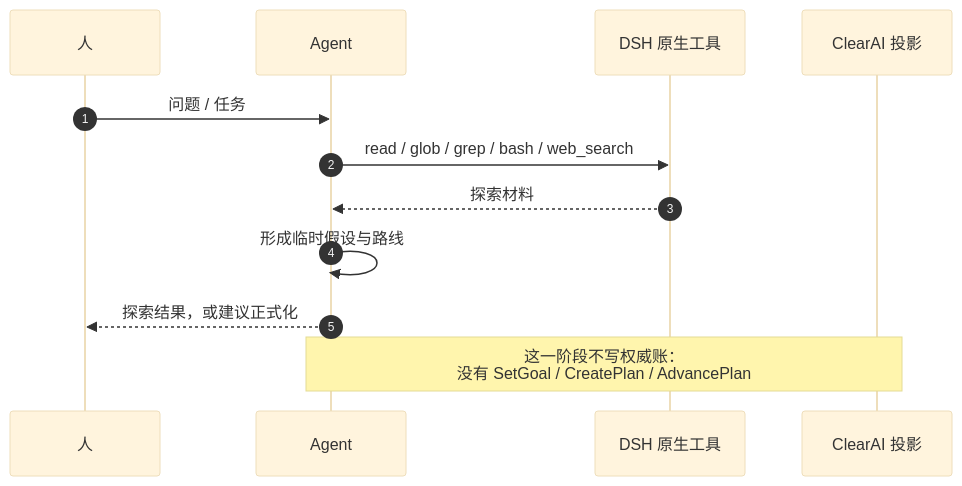
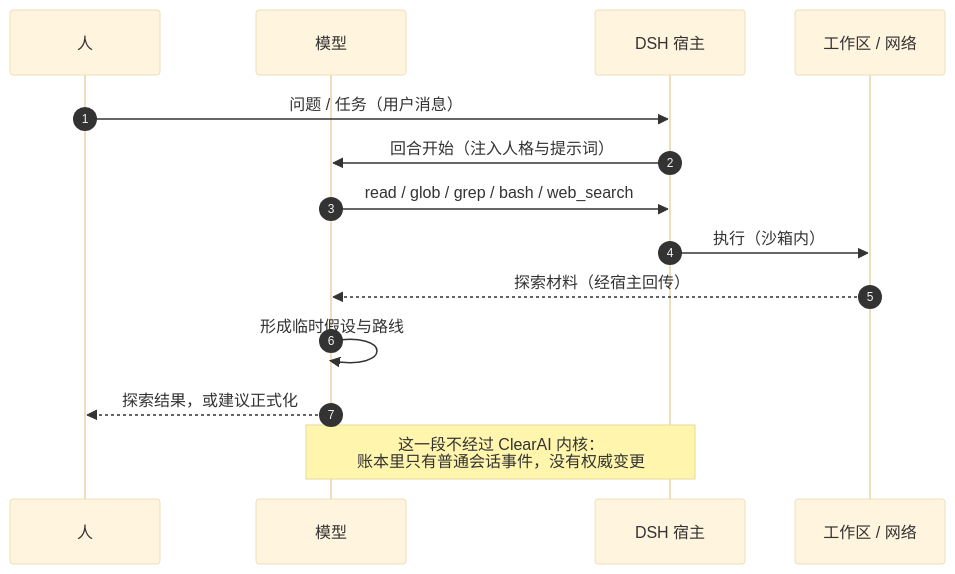
One commit to Clearailhc/clearai-dsh changed the second of 6 diagrams in docs/optimization/timing-diagrams.zh-CN.md. Above: the diagram before and after it, drawn with Mermaid (base theme). The commit also changed other lines of this file and 5 other files, not shown here.

First line of the commit message:
docs(optimization): 时序图重写——固定角色表，Agent 拆成模型与宿主

````diff
--- a/docs/optimization/timing-diagrams.zh-CN.md
+++ b/docs/optimization/timing-diagrams.zh-CN.md
@@ -12,15 +50,17 @@
 ```mermaid
 sequenceDiagram
     autonumber
-    participant U as 人
-    participant A as Agent
-    participant D as DSH 原生工具
-    participant P as ClearAI 投影
+    participant H as 人
+    participant M as 模型
+    participant D as DSH 宿主
+    participant W as 工作区 / 网络
 
-    U->>A: 问题 / 任务
-    A->>D: read / glob / grep / bash / web_search
-    D-->>A: 探索材料
-    A->>A: 形成临时假设与路线
-    A-->>U: 探索结果，或建议正式化
-    Note over A,P: 这一阶段不写权威账：<br/>没有 SetGoal / CreatePlan / AdvancePlan
+    H->>D: 问题 / 任务（用户消息）
+    D->>M: 回合开始（注入人格与提示词）
+    M->>D: read / glob / grep / bash / web_search
+    D->>W: 执行（沙箱内）
+    W-->>M: 探索材料（经宿主回传）
+    M->>M: 形成临时假设与路线
+    M-->>H: 探索结果，或建议正式化
+    Note over M,D: 这一段不经过 ClearAI 内核：<br/>账本里只有普通会话事件，没有权威变更
 ```
````
